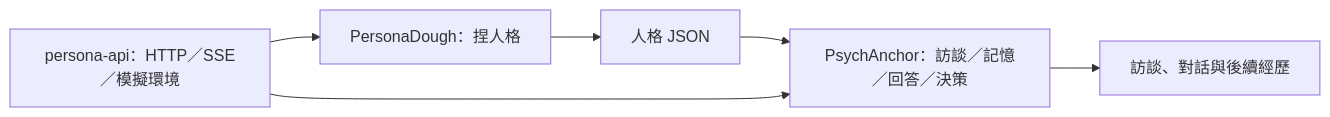
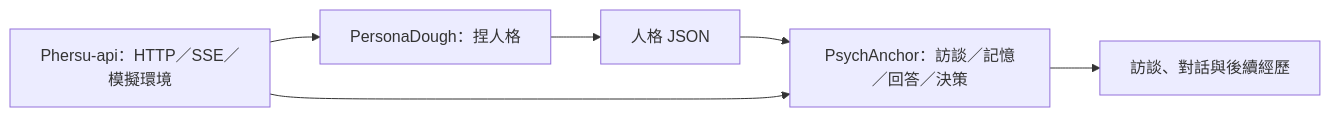
One commit to llm-psychology/Phersu changed the diagram in README.md. Above: the diagram before and after it, drawn with Mermaid. The commit also changed other lines of this file and 2 other files, not shown here.

Commit message:
docs: rename platform to Phersu and update repository links

````diff
--- a/README.md
+++ b/README.md
@@ -12,8 +12,8 @@
 ```mermaid
 flowchart LR
     PD[PersonaDough：捏人格] --> JSON[人格 JSON]
     JSON --> PA[PsychAnchor：訪談／記憶／回答／決策]
-    API[persona-api：HTTP／SSE／模擬環境] --> PD
+    API[Phersu-api：HTTP／SSE／模擬環境] --> PD
     API --> PA
     PA --> MEM[訪談、對話與後續經歷]
 ```
````
